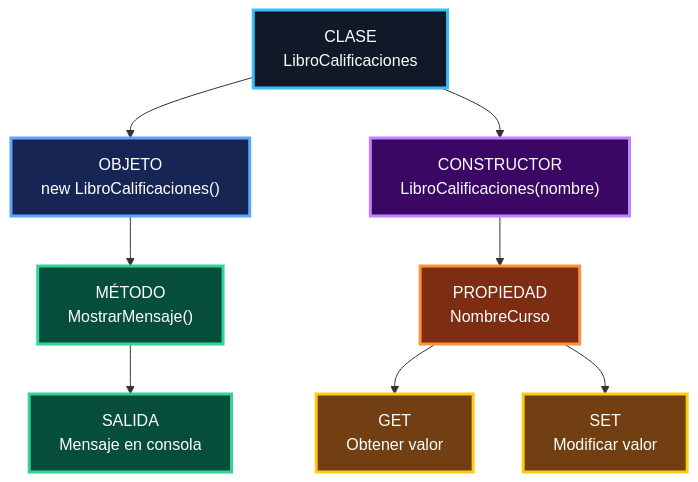
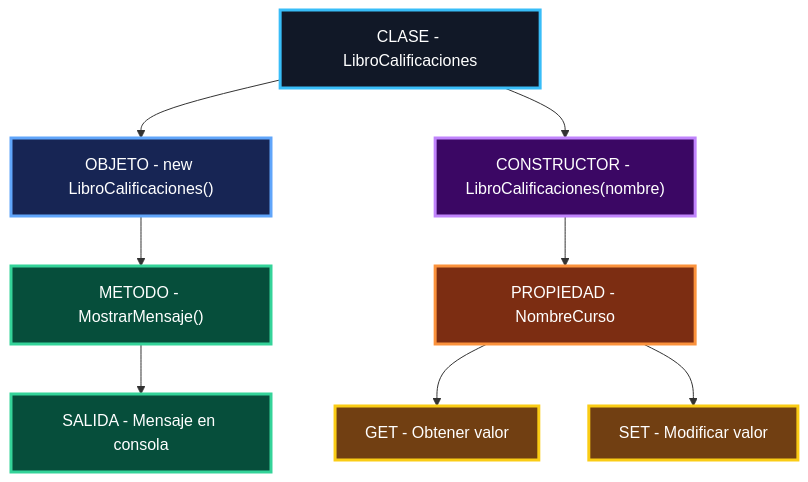
One commit to VITIDEV06/LABORATORIO-CLASES-EN-C-SHARP-VICTOR-MONTES changed the second of 10 diagrams in README.md. Above: the diagram before and after it, drawn with Mermaid.

Commit message:
Refactor Mermaid diagram in README.md

````diff
--- a/README.md
+++ b/README.md
@@ -236,31 +236,25 @@
 ```mermaid
 flowchart TD
+    A["CLASE - LibroCalificaciones"] --> B["OBJETO - new LibroCalificaciones()"]
+    B --> C["METODO - MostrarMensaje()"]
+    C --> D["SALIDA - Mensaje en consola"]
 
-    A["CLASE<br/>LibroCalificaciones"] --> B["OBJETO<br/>new LibroCalificaciones()"]
+    A --> E["CONSTRUCTOR - LibroCalificaciones(nombre)"]
+    E --> F["PROPIEDAD - NombreCurso"]
+    F --> G["GET - Obtener valor"]
+    F --> H["SET - Modificar valor"]
 
-    B --> C["MÉTODO<br/>MostrarMensaje()"]
+    classDef main fill:#111827,stroke:#38BDF8,color:#FFFFFF,stroke-width:3px
+    classDef object fill:#172554,stroke:#60A5FA,color:#FFFFFF,stroke-width:3px
+    classDef method fill:#064E3B,stroke:#34D399,color:#FFFFFF,stroke-width:3px
+    classDef constructor fill:#3B0764,stroke:#C084FC,color:#FFFFFF,stroke-width:3px
+    classDef property fill:#7C2D12,stroke:#FB923C,color:#FFFFFF,stroke-width:3px
+    classDef access fill:#713F12,stroke:#FACC15,color:#FFFFFF,stroke-width:3px
 
-    C --> D["SALIDA<br/>Mensaje en consola"]
-
-    A --> E["CONSTRUCTOR<br/>LibroCalificaciones(nombre)"]
-
-    E --> F["PROPIEDAD<br/>NombreCurso"]
-
-    F --> G["GET<br/>Obtener valor"]
-
-    F --> H["SET<br/>Modificar valor"]
-
-    classDef main fill:#111827,stroke:#38BDF8,color:#FFFFFF,stroke-width:3px;
-    classDef object fill:#172554,stroke:#60A5FA,color:#FFFFFF,stroke-width:3px;
-    classDef method fill:#064E3B,stroke:#34D399,color:#FFFFFF,stroke-width:3px;
-    classDef constructor fill:#3B0764,stroke:#C084FC,color:#FFFFFF,stroke-width:3px;
-    classDef property fill:#7C2D12,stroke:#FB923C,color:#FFFFFF,stroke-width:3px;
-    classDef access fill:#713F12,stroke:#FACC15,color:#FFFFFF,stroke-width:3px;
-
-    class A main;
-    class B object;
-    class C,D method;
-    class E constructor;
-    class F property;
-    class G,H access;
+    class A main
+    class B object
+    class C,D method
+    class E constructor
+    class F property
+    class G,H access
 ```
````
